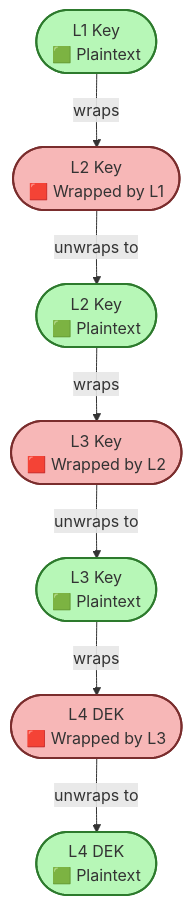
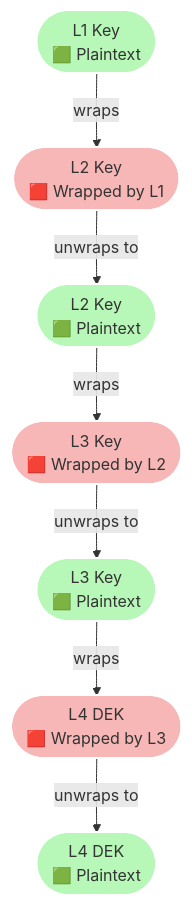
One commit to openkcm/documentation changed the first of 2 diagrams in adr/2025-11-27-keychain.md. Above: the diagram before and after it, drawn with Mermaid.

Commit message:
docs: ufix the digram collors

````diff
--- a/adr/2025-11-27-keychain.md
+++ b/adr/2025-11-27-keychain.md
@@ -156,24 +156,24 @@
 ```mermaid
 flowchart TD
 
     %% Definitions
     L1_plaintext([L1 Key<br/>🟩 Plaintext]):::green
     L2_ciphertext([L2 Key<br/>🟥 Wrapped by L1]):::red
     L2_plaintext([L2 Key<br/>🟩 Plaintext]):::green
     L3_ciphertext([L3 Key<br/>🟥 Wrapped by L2]):::red
     L3_plaintext([L3 Key<br/>🟩 Plaintext]):::green
     L4_plaintext([L4 DEK<br/>🟩 Plaintext]):::green
     L4_ciphertext([L4 DEK<br/>🟥 Wrapped by L3]):::red
 
     %% Flow
     L1_plaintext -->|wraps| L2_ciphertext
     L2_ciphertext -->|unwraps to| L2_plaintext
     L2_plaintext -->|wraps| L3_ciphertext
     L3_ciphertext -->|unwraps to| L3_plaintext
     L3_plaintext -->|wraps| L4_ciphertext
     L4_ciphertext -->|unwraps to| L4_plaintext
 
     %% Styles
-    classDef green fill:#b7f7b7,stroke:#2d7a2d,stroke-width:2px;
-    classDef red fill:#f7b7b7,stroke:#7a2d2d,stroke-width:2px;
+    classDef green fill:#b7f7b7,stroke:#ffffff,stroke-width:2px;
+    classDef red fill:#f7b7b7,stroke:#ffffff,stroke-width:2px;
 ```
````
